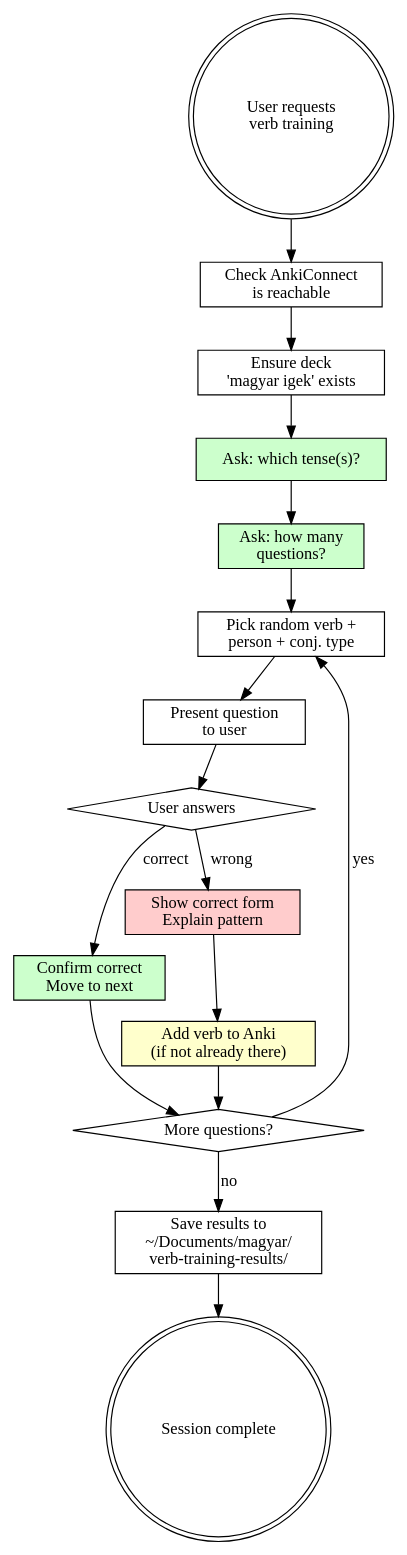
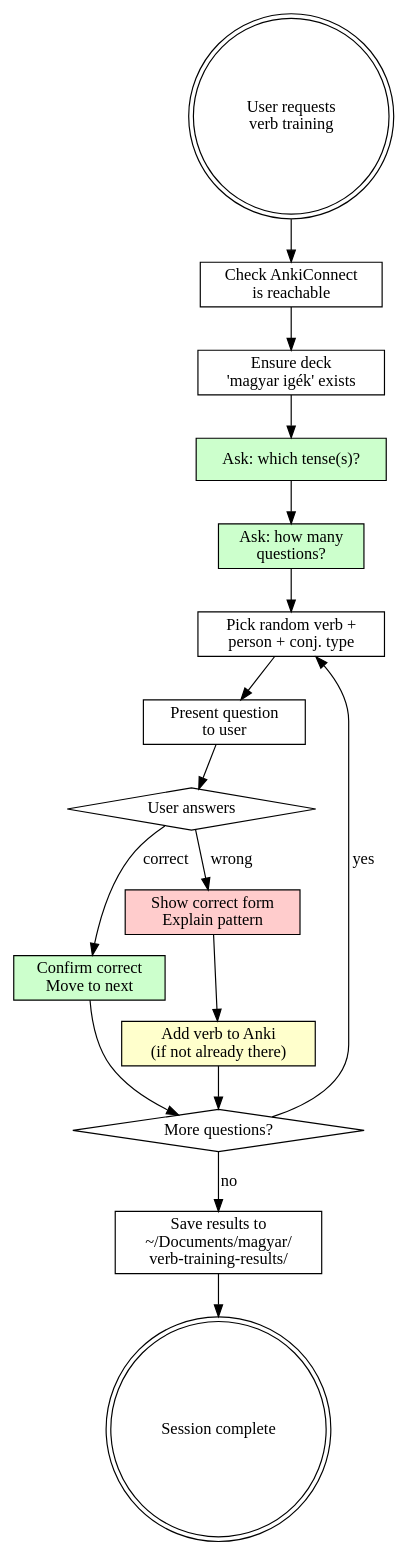
One commit to zadigus/skills changed the diagram in magyar/hungarian-verb-trainer/SKILL.md. Above: the diagram before and after it, drawn with Graphviz. The commit also changed other lines of this file, not shown here.

````diff
--- a/magyar/hungarian-verb-trainer/SKILL.md
+++ b/magyar/hungarian-verb-trainer/SKILL.md
@@ -32,35 +32,35 @@
 ```dot
 digraph session {
     rankdir=TB;
     start [label="User requests\nverb training", shape=doublecircle];
     check_anki [label="Check AnkiConnect\nis reachable", shape=box];
-    ensure_deck [label="Ensure deck\n'magyar igek' exists", shape=box];
+    ensure_deck [label="Ensure deck\n'magyar igék' exists", shape=box];
     ask_tense [label="Ask: which tense(s)?", shape=box, style=filled, fillcolor="#ccffcc"];
     ask_count [label="Ask: how many\nquestions?", shape=box, style=filled, fillcolor="#ccffcc"];
     pick_verb [label="Pick random verb +\nperson + conj. type", shape=box];
     ask_user [label="Present question\nto user", shape=box];
     check_answer [label="User answers", shape=diamond];
     correct [label="Confirm correct\nMove to next", shape=box, style=filled, fillcolor="#ccffcc"];
     wrong [label="Show correct form\nExplain pattern", shape=box, style=filled, fillcolor="#ffcccc"];
     add_anki [label="Add verb to Anki\n(if not already there)", shape=box, style=filled, fillcolor="#ffffcc"];
     more [label="More questions?", shape=diamond];
     results [label="Save results to\n~/Documents/magyar/\nverb-training-results/", shape=box];
     done [label="Session complete", shape=doublecircle];
 
     start -> check_anki;
     check_anki -> ensure_deck;
     ensure_deck -> ask_tense;
     ask_tense -> ask_count;
     ask_count -> pick_verb;
     pick_verb -> ask_user;
     ask_user -> check_answer;
     check_answer -> correct [label="correct"];
     check_answer -> wrong [label="wrong"];
     wrong -> add_anki;
     correct -> more;
     add_anki -> more;
     more -> pick_verb [label="yes"];
     more -> results [label="no"];
     results -> done;
 }
 ```
````
